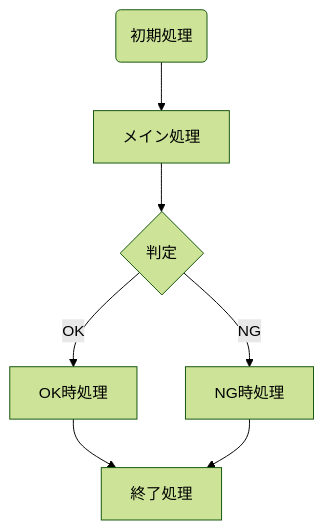
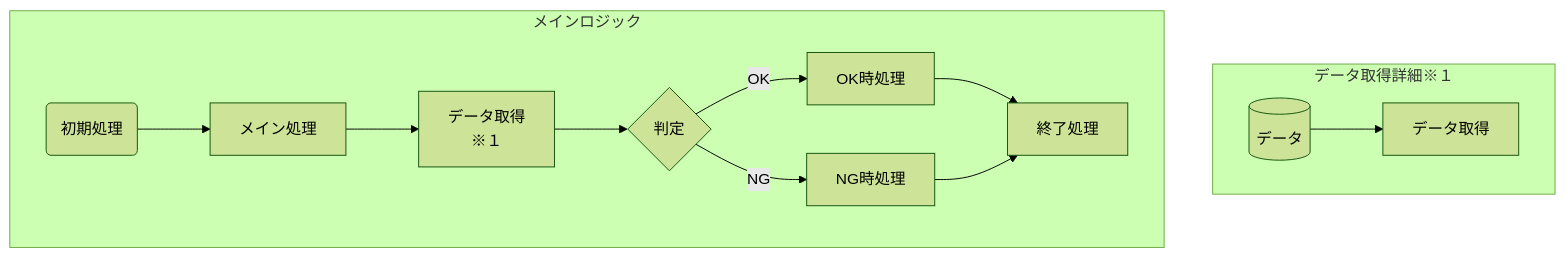
One commit to otenkiwork/otenki_sample_public changed the second of 3 diagrams in md/sample002.md. Above: the diagram before and after it, drawn with Mermaid (forest theme). The commit also changed other lines of this file, not shown here.

Commit message:
md 追記

````diff
--- a/md/sample002.md
+++ b/md/sample002.md
@@ -23,9 +23,17 @@
 ```mermaid
 graph TD;
-A(初期処理)-->B[メイン処理]
-B-->BC{判定}
-BC-->|OK| B1[OK時処理]
-BC-->|NG| B2[NG時処理]
-B1-->C[終了処理]
-B2-->C[終了処理]
+subgraph SUB[データ取得詳細※１]
+DAT[(データ)]-->B1-SUB[データ取得]
+end
+
+subgraph メインロジック
+A(初期処理)-->B[メイン処理]-->B1
+B1[データ取得<br>※１]
+B1-->CC{判定}
+CC-->|OK| C1[OK時処理]
+CC-->|NG| C2[NG時処理]
+C1-->C[終了処理]
+C2-->C[終了処理]
+end
+
 ```
````
